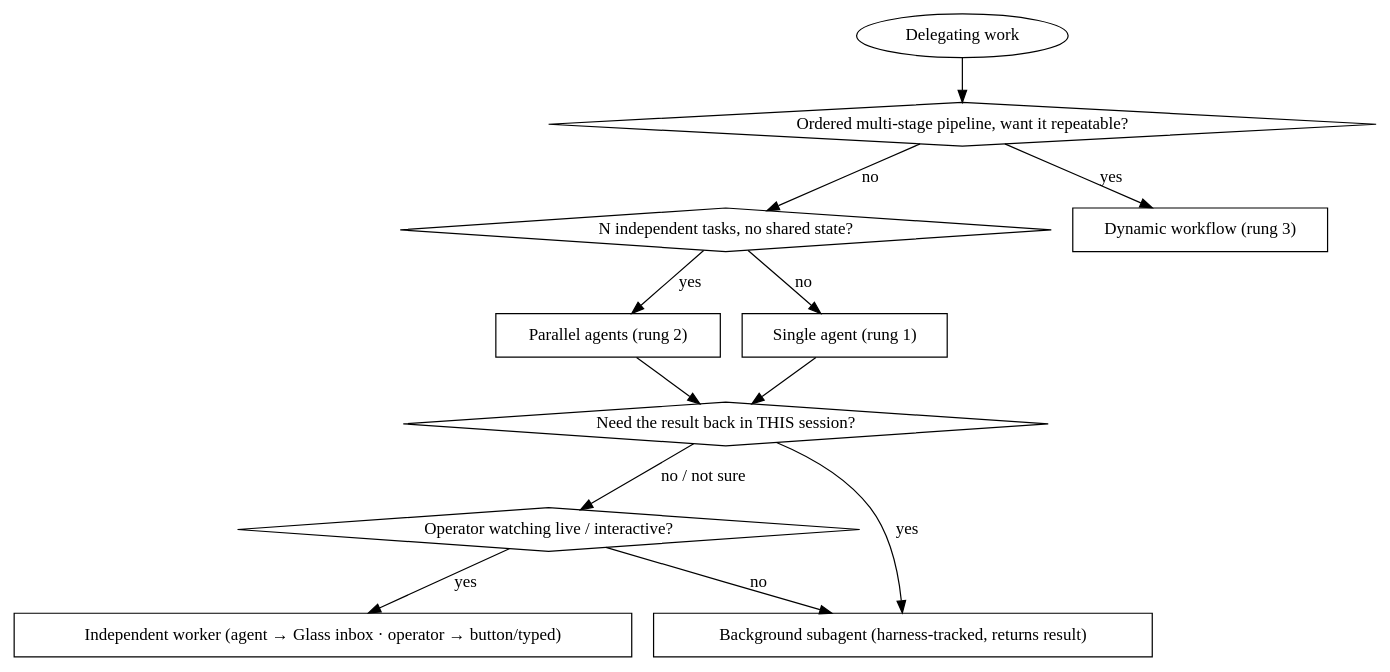
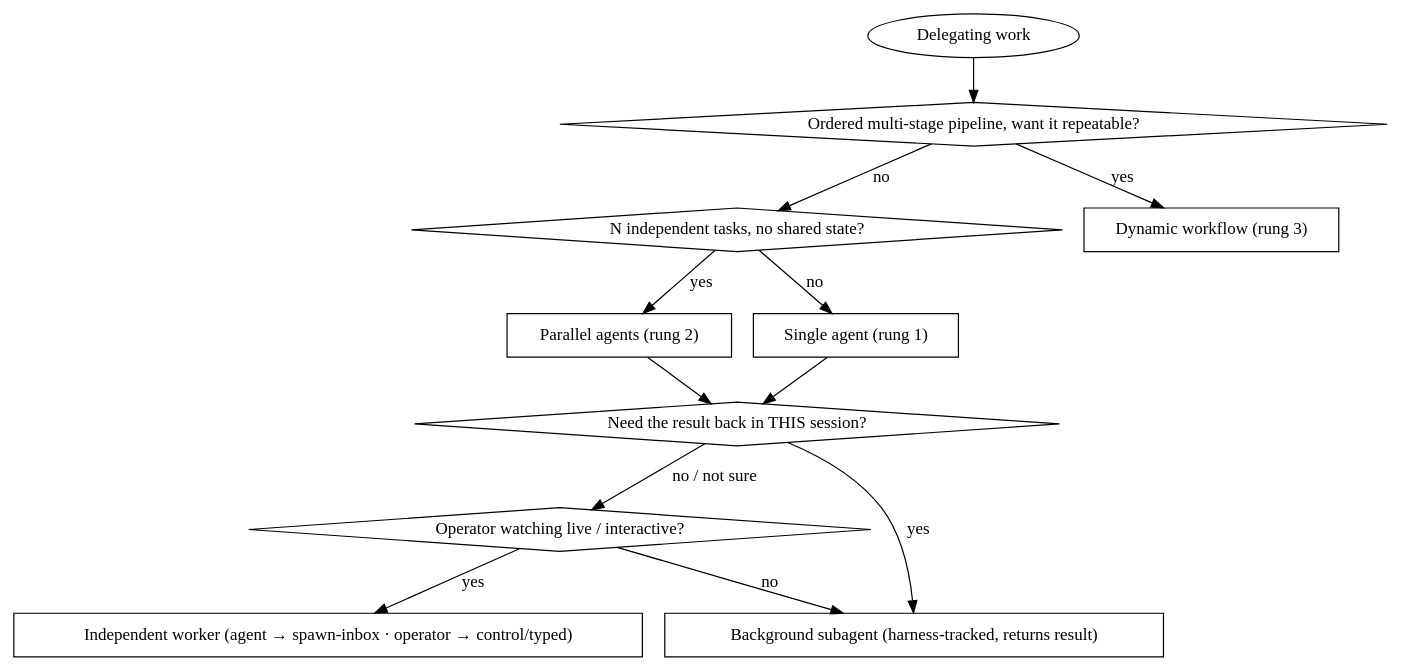
Before and after one commit to The-AIOS/aios: the diagram in skills/aios/orchestration-ladder/SKILL.md, drawn with Graphviz. The commit also changed other lines of this file and 6 other files, not shown here.

````diff
--- a/skills/aios/orchestration-ladder/SKILL.md
+++ b/skills/aios/orchestration-ladder/SKILL.md
@@ -94,28 +96,28 @@
 ```dot
 digraph orchestration {
   "Delegating work" [shape=oval];
   "N independent tasks, no shared state?" [shape=diamond];
   "Ordered multi-stage pipeline, want it repeatable?" [shape=diamond];
   "Need the result back in THIS session?" [shape=diamond];
   "Operator watching live / interactive?" [shape=diamond];
 
   "Parallel agents (rung 2)" [shape=box];
   "Dynamic workflow (rung 3)" [shape=box];
   "Single agent (rung 1)" [shape=box];
-  "Independent worker (agent → Glass inbox · operator → button/typed)" [shape=box];
+  "Independent worker (agent → spawn-inbox · operator → control/typed)" [shape=box];
   "Background subagent (harness-tracked, returns result)" [shape=box];
 
   "Delegating work" -> "Ordered multi-stage pipeline, want it repeatable?";
   "Ordered multi-stage pipeline, want it repeatable?" -> "Dynamic workflow (rung 3)" [label="yes"];
   "Ordered multi-stage pipeline, want it repeatable?" -> "N independent tasks, no shared state?" [label="no"];
   "N independent tasks, no shared state?" -> "Parallel agents (rung 2)" [label="yes"];
   "N independent tasks, no shared state?" -> "Single agent (rung 1)" [label="no"];
 
   "Single agent (rung 1)" -> "Need the result back in THIS session?";
   "Parallel agents (rung 2)" -> "Need the result back in THIS session?";
   "Need the result back in THIS session?" -> "Background subagent (harness-tracked, returns result)" [label="yes"];
   "Need the result back in THIS session?" -> "Operator watching live / interactive?" [label="no / not sure"];
-  "Operator watching live / interactive?" -> "Independent worker (agent → Glass inbox · operator → button/typed)" [label="yes"];
+  "Operator watching live / interactive?" -> "Independent worker (agent → spawn-inbox · operator → control/typed)" [label="yes"];
   "Operator watching live / interactive?" -> "Background subagent (harness-tracked, returns result)" [label="no"];
 }
 ```
````
